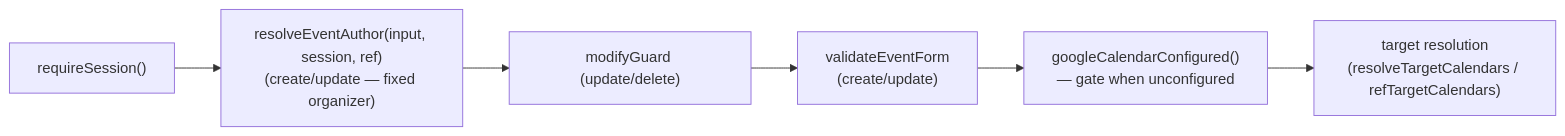
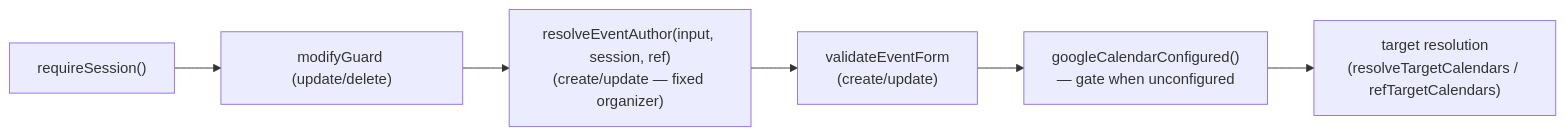
Before and after one commit to oncloudnintynineone-source/cloudy2: the first of 3 diagrams in docs/event-mutations.md, drawn with Mermaid. The commit also changed other lines of this file and 22 other files, not shown here.

Commit message:
docs: sync mermaid diagrams with current code, fix diagram syntax errors

````diff
--- a/docs/event-mutations.md
+++ b/docs/event-mutations.md
@@ -68,8 +68,8 @@
 ```mermaid
 flowchart LR
- S["requireSession()"] --> N["resolveEventAuthor(input, session, ref)<br/>(create/update — fixed organizer)"]
- N --> G["modifyGuard (update/delete)"]
- G --> V["validateEventForm<br/>(create/update)"]
+ S["requireSession()"] --> G["modifyGuard (update/delete)"]
+ G --> N["resolveEventAuthor(input, session, ref)<br/>(create/update — fixed organizer)"]
+ N --> V["validateEventForm<br/>(create/update)"]
  V --> C["googleCalendarConfigured()<br/>— gate when unconfigured"]
  C --> R["target resolution<br/>(resolveTargetCalendars / refTargetCalendars)"]
 ```
````
